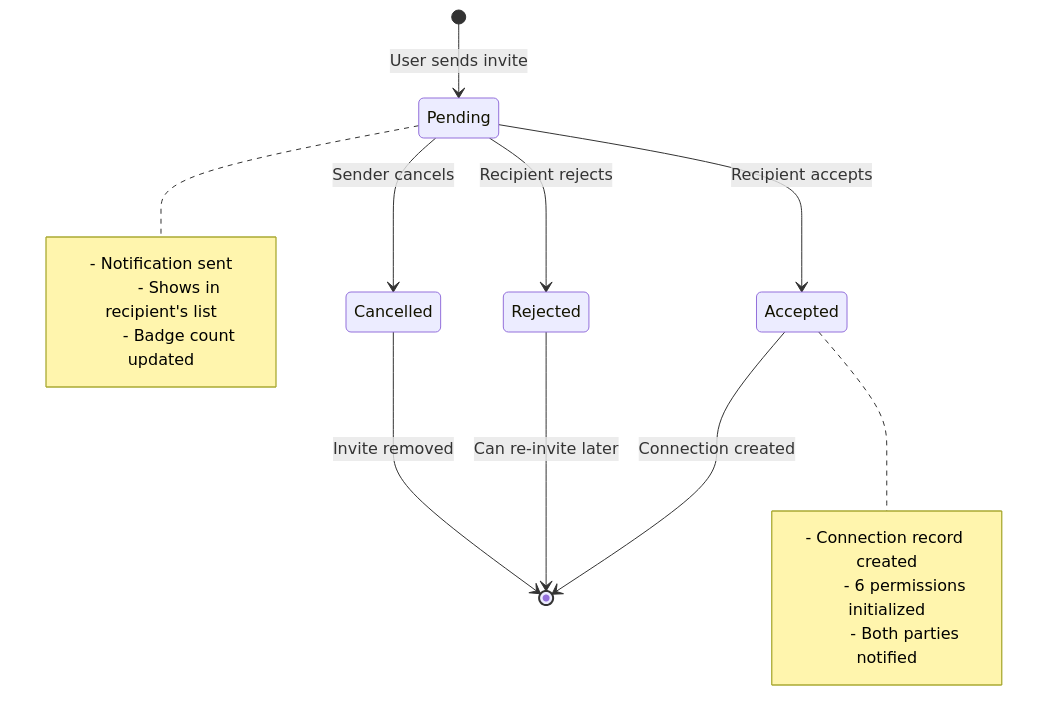
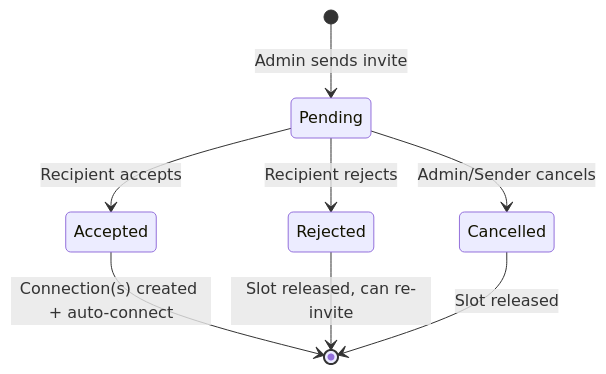
One commit to huynv-osp/kolia-huynv-local changed the tenth of 12 diagrams in nguoi_than/features/ket_noi_nguoi_than/02_planning/sequence-diagram.md. Above: the diagram before and after it, drawn with Mermaid. The commit also changed other lines of this file and 30 other files, not shown here.

````diff
--- a/nguoi_than/features/ket_noi_nguoi_than/02_planning/sequence-diagram.md
+++ b/nguoi_than/features/ket_noi_nguoi_than/02_planning/sequence-diagram.md
@@ -366,24 +288,10 @@
 ```mermaid
 stateDiagram-v2
-    [*] --> Pending: User sends invite
-    
+    [*] --> Pending: Admin sends invite
     Pending --> Accepted: Recipient accepts
     Pending --> Rejected: Recipient rejects
-    Pending --> Cancelled: Sender cancels
-    
-    Accepted --> [*]: Connection created
-    Rejected --> [*]: Can re-invite later
-    Cancelled --> [*]: Invite removed
-    
-    note right of Pending
-        - Notification sent
-        - Shows in recipient's list
-        - Badge count updated
-    end note
-    
-    note right of Accepted
-        - Connection record created
-        - 6 permissions initialized
-        - Both parties notified
-    end note
+    Pending --> Cancelled: Admin/Sender cancels
+    Accepted --> [*]: Connection(s) created + auto-connect
+    Rejected --> [*]: Slot released, can re-invite
+    Cancelled --> [*]: Slot released
 ```
````
